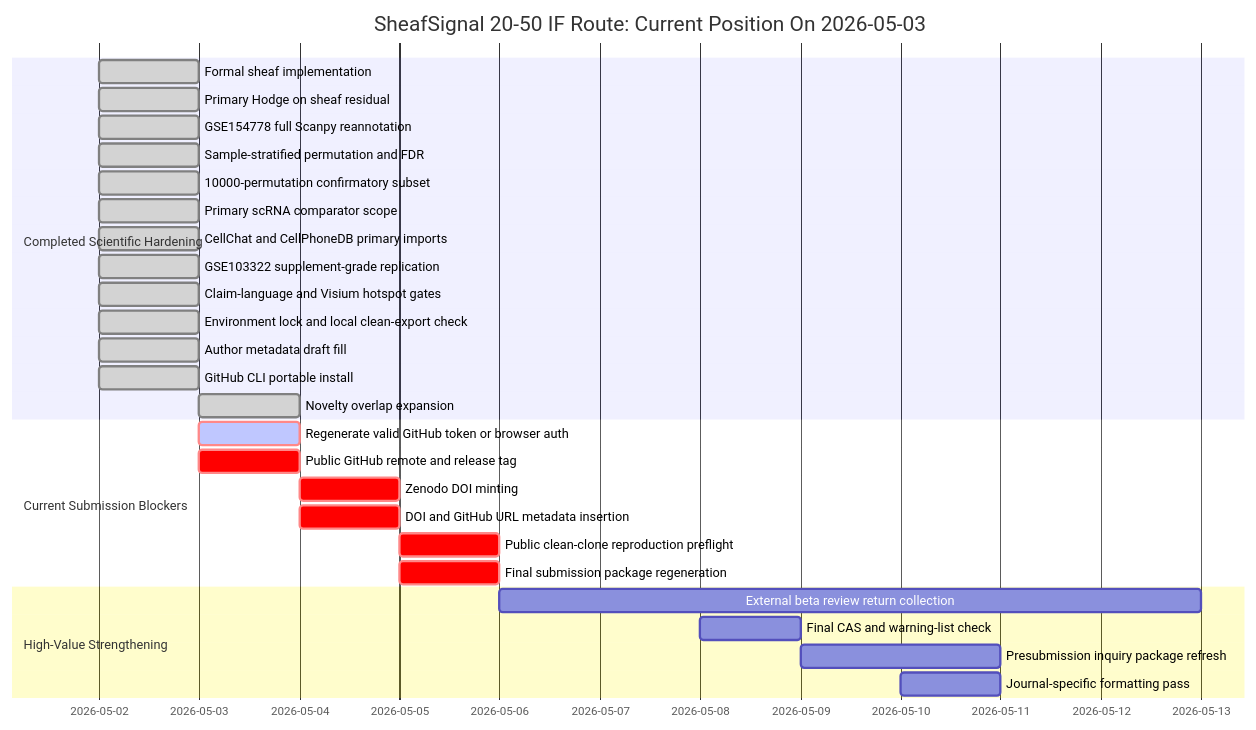
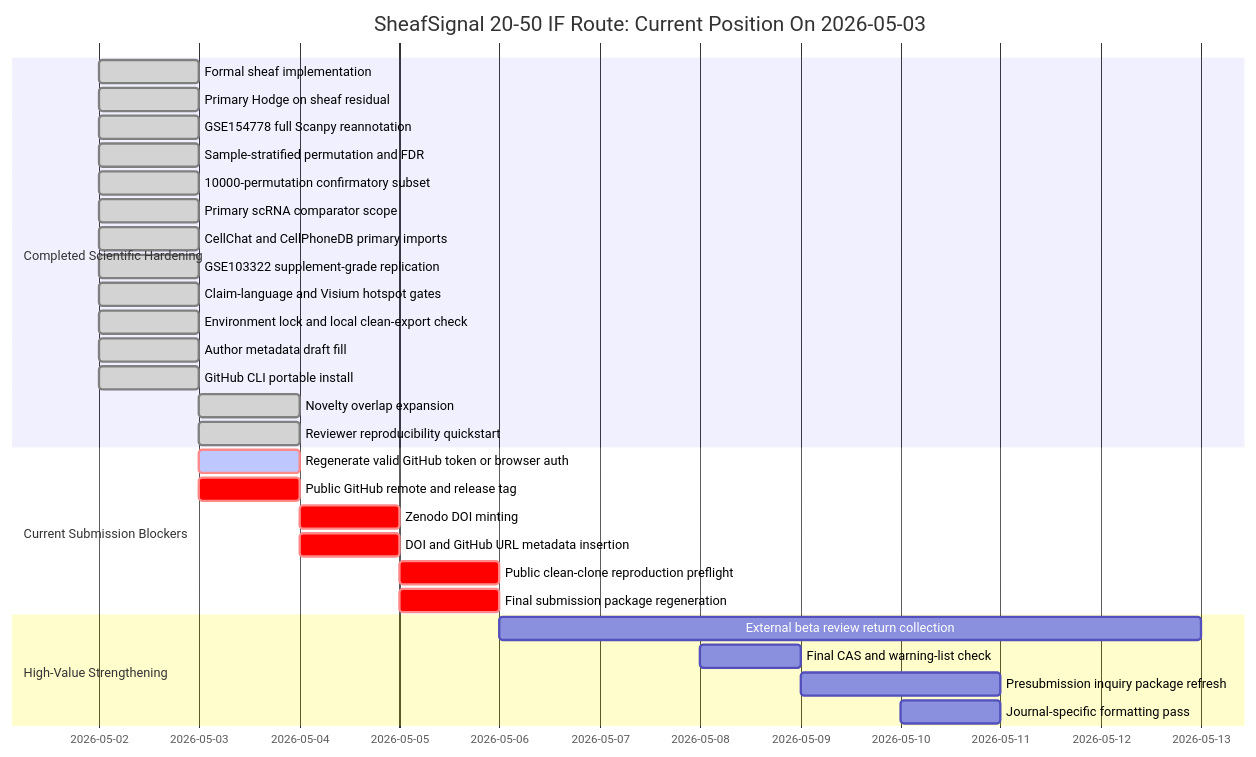
Before and after one commit to healthgreat/SheafSignal: the diagram in manuscript/SHEAFSIGNAL_STATUS_DASHBOARD_2026-05-03.md, drawn with Mermaid. The commit also changed other lines of this file and 2 other files, not shown here.

Commit message:
Add reviewer reproducibility quickstart

````diff
--- a/manuscript/SHEAFSIGNAL_STATUS_DASHBOARD_2026-05-03.md
+++ b/manuscript/SHEAFSIGNAL_STATUS_DASHBOARD_2026-05-03.md
@@ -86,34 +88,35 @@
 ```mermaid
 gantt
     title SheafSignal 20-50 IF Route: Current Position On 2026-05-03
     dateFormat  YYYY-MM-DD
 
     section Completed Scientific Hardening
     Formal sheaf implementation                    :done, 2026-05-02, 1d
     Primary Hodge on sheaf residual                :done, 2026-05-02, 1d
     GSE154778 full Scanpy reannotation             :done, 2026-05-02, 1d
     Sample-stratified permutation and FDR          :done, 2026-05-02, 1d
     10000-permutation confirmatory subset          :done, 2026-05-02, 1d
     Primary scRNA comparator scope                 :done, 2026-05-02, 1d
     CellChat and CellPhoneDB primary imports       :done, 2026-05-02, 1d
     GSE103322 supplement-grade replication         :done, 2026-05-02, 1d
     Claim-language and Visium hotspot gates        :done, 2026-05-02, 1d
     Environment lock and local clean-export check  :done, 2026-05-02, 1d
     Author metadata draft fill                     :done, 2026-05-02, 1d
     GitHub CLI portable install                    :done, 2026-05-02, 1d
     Novelty overlap expansion                      :done, 2026-05-03, 1d
+    Reviewer reproducibility quickstart            :done, 2026-05-03, 1d
 
     section Current Submission Blockers
     Regenerate valid GitHub token or browser auth  :crit, active, 2026-05-03, 1d
     Public GitHub remote and release tag           :crit, 2026-05-03, 1d
     Zenodo DOI minting                             :crit, 2026-05-04, 1d
     DOI and GitHub URL metadata insertion          :crit, 2026-05-04, 1d
     Public clean-clone reproduction preflight      :crit, 2026-05-05, 1d
     Final submission package regeneration          :crit, 2026-05-05, 1d
 
     section High-Value Strengthening
     External beta review return collection         :2026-05-06, 7d
     Final CAS and warning-list check               :2026-05-08, 1d
     Presubmission inquiry package refresh          :2026-05-09, 2d
     Journal-specific formatting pass               :2026-05-10, 1d
 ```
````
